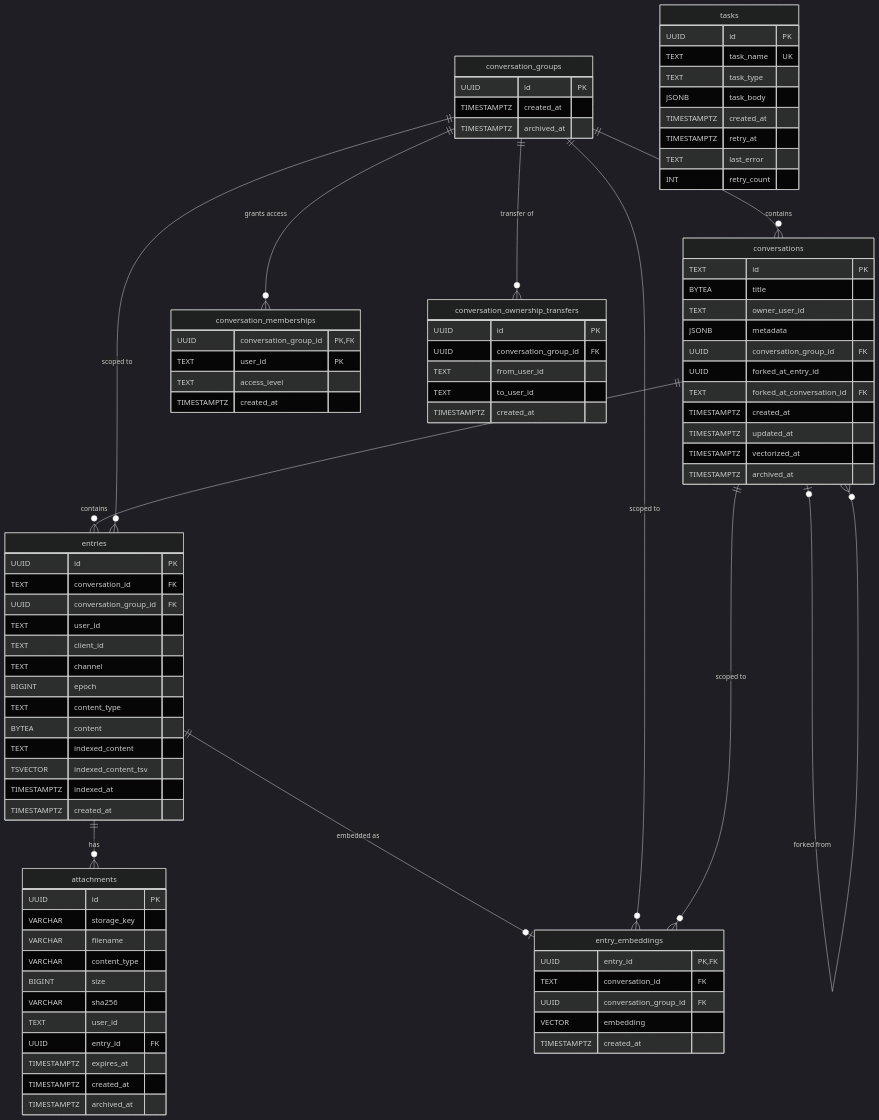
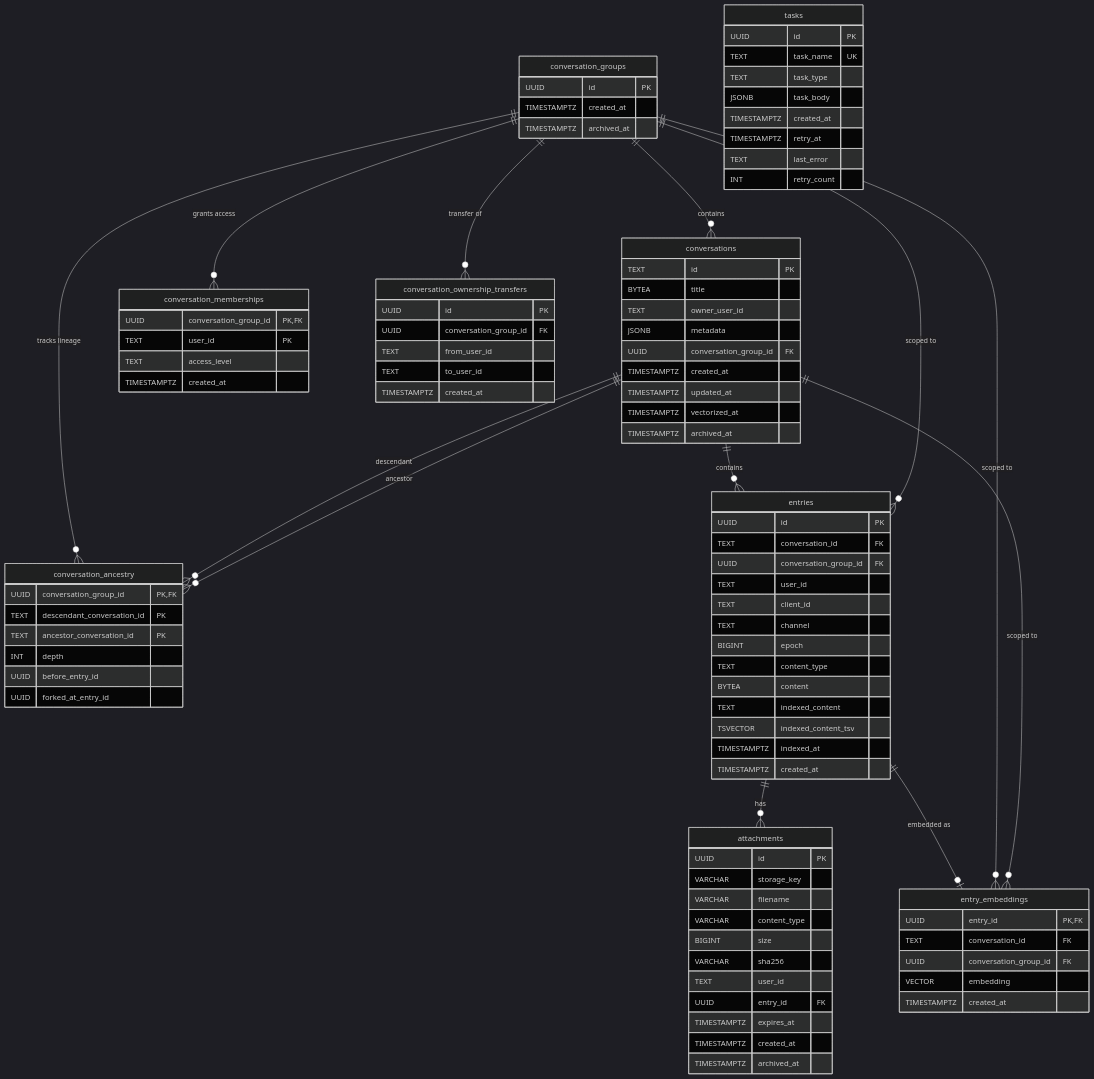
Before and after one commit to chirino/memory-service: the diagram in docs/db-design.md, drawn with Mermaid (dark theme). The commit also changed other lines of this file and 57 other files, not shown here.

```diff
--- a/docs/db-design.md
+++ b/docs/db-design.md
@@ -19,12 +19,19 @@
         TEXT owner_user_id
         JSONB metadata
         UUID conversation_group_id FK
-        UUID forked_at_entry_id
-        TEXT forked_at_conversation_id FK
         TIMESTAMPTZ created_at
         TIMESTAMPTZ updated_at
         TIMESTAMPTZ vectorized_at
         TIMESTAMPTZ archived_at
+    }
+
+    conversation_ancestry {
+        UUID conversation_group_id PK, FK
+        TEXT descendant_conversation_id PK
+        TEXT ancestor_conversation_id PK
+        INT depth
+        UUID before_entry_id
+        UUID forked_at_entry_id
     }
 
     conversation_memberships {
@@ -92,10 +99,12 @@
     }
 
     conversation_groups ||--o{ conversations : "contains"
+    conversation_groups ||--o{ conversation_ancestry : "tracks lineage"
     conversation_groups ||--o{ conversation_memberships : "grants access"
     conversation_groups ||--o{ conversation_ownership_transfers : "transfer of"
     conversations ||--o{ entries : "contains"
-    conversations o|--o{ conversations : "forked from"
+    conversations ||--o{ conversation_ancestry : "descendant"
+    conversations ||--o{ conversation_ancestry : "ancestor"
     entries ||--o{ attachments : "has"
     entries ||--o| entry_embeddings : "embedded as"
     conversation_groups ||--o{ entries : "scoped to"
```
